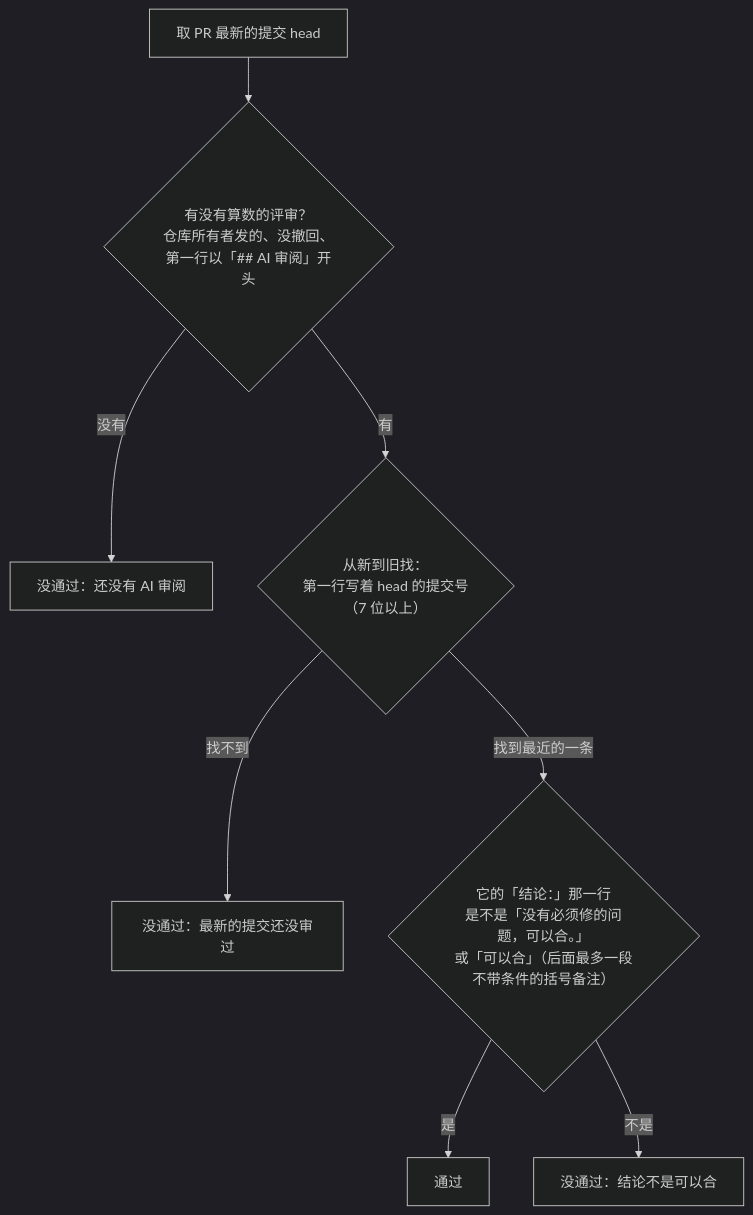
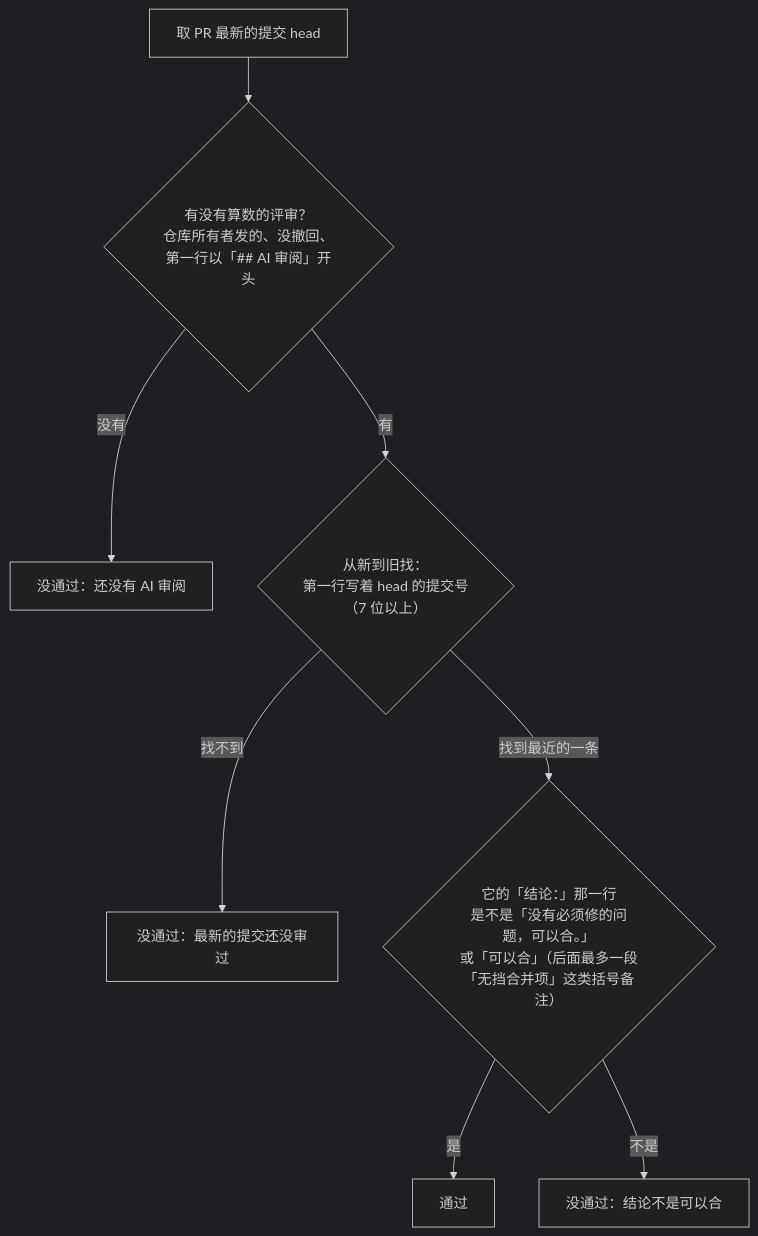
One commit to chunbin1/health-trail changed the second of 3 diagrams in docs/ai-review-flow.md. Above: the diagram before and after it, drawn with Mermaid (dark theme). The commit also changed other lines of this file and 4 other files, not shown here.

````diff
--- a/docs/ai-review-flow.md
+++ b/docs/ai-review-flow.md
@@ -30,10 +30,10 @@
 ```mermaid
 flowchart TD
     S["取 PR 最新的提交 head"] --> F{"有没有算数的评审？<br/>仓库所有者发的、没撤回、<br/>第一行以「## AI 审阅」开头"}
     F -->|"没有"| N1["没通过：还没有 AI 审阅"]
     F -->|"有"| H{"从新到旧找：<br/>第一行写着 head 的提交号<br/>（7 位以上）"}
     H -->|"找不到"| N2["没通过：最新的提交还没审过"]
-    H -->|"找到最近的一条"| C{"它的「结论：」那一行<br/>是不是「没有必须修的问题，可以合。」<br/>或「可以合」（后面最多一段不带条件的括号备注）"}
+    H -->|"找到最近的一条"| C{"它的「结论：」那一行<br/>是不是「没有必须修的问题，可以合。」<br/>或「可以合」（后面最多一段「无挡合并项」这类括号备注）"}
     C -->|"是"| Y["通过"]
     C -->|"不是"| N3["没通过：结论不是可以合"]
 ```
````
